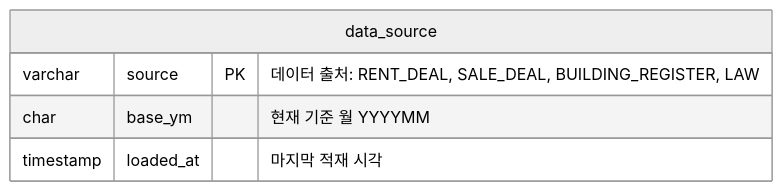
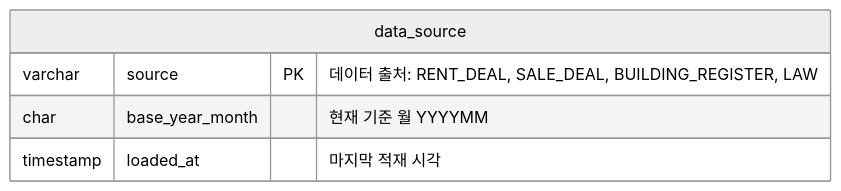
Before and after one commit to f-lab-edu/jipsee: the eighth of 8 diagrams in docs/erd.md, drawn with Mermaid (neutral theme). The commit also changed other lines of this file, not shown here.

````diff
--- a/docs/erd.md
+++ b/docs/erd.md
@@ -199,8 +199,8 @@
 ```mermaid
 erDiagram
     data_source {
         varchar source PK "데이터 출처: RENT_DEAL, SALE_DEAL, BUILDING_REGISTER, LAW"
-        char base_ym "현재 기준 월 YYYYMM"
+        char base_year_month "현재 기준 월 YYYYMM"
         timestamp loaded_at "마지막 적재 시각"
     }
 ```
````
